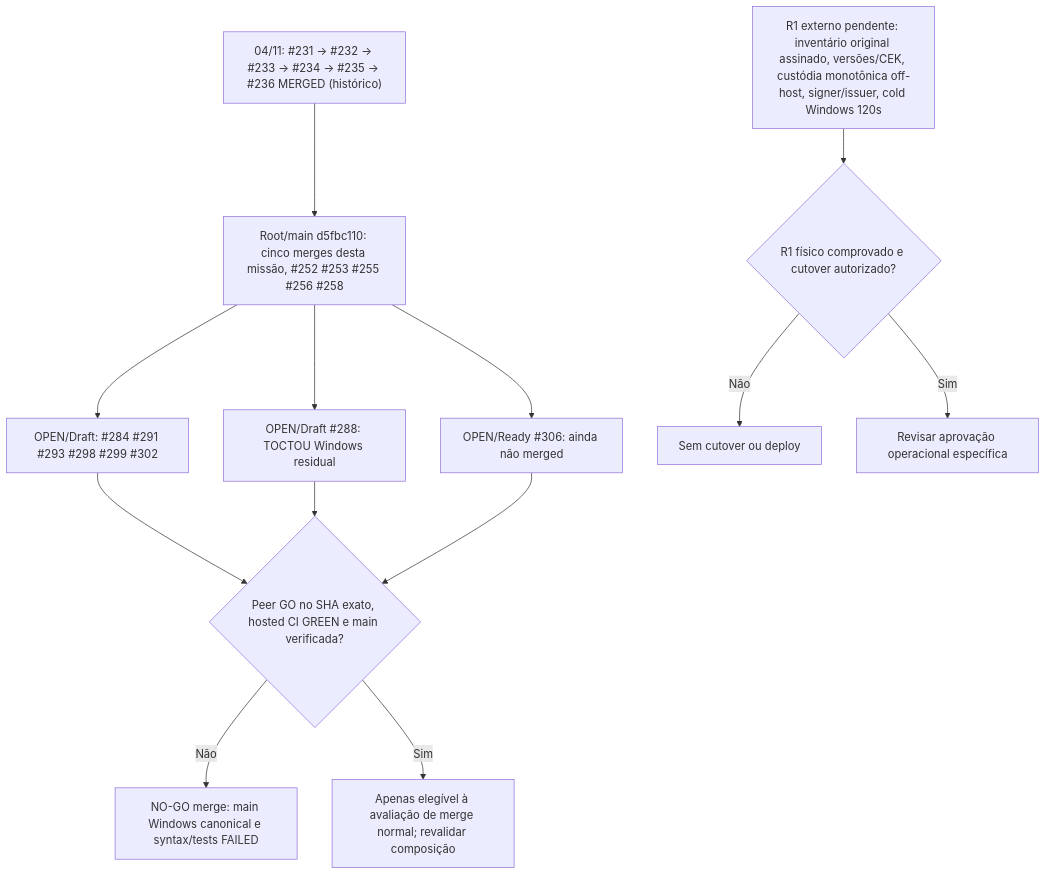
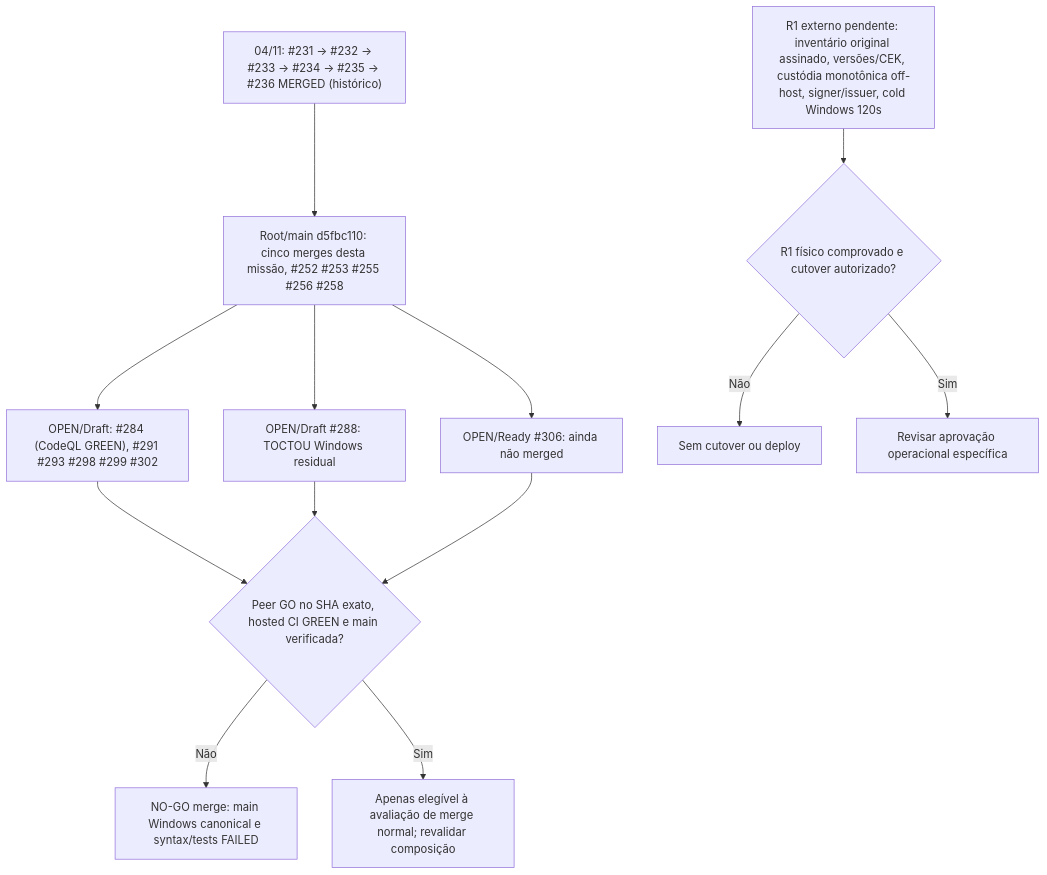
The fourth of 4 diagrams in docs/rootark-main-execution-mission.md (bielxdh3/Root.ark), drawn with Mermaid before and after one commit. The commit also changed other lines of this file and 1 other file, not shown here.

Commit message:
docs(mission): correct CodeQL checkpoint and published gates

```diff
--- a/docs/rootark-main-execution-mission.md
+++ b/docs/rootark-main-execution-mission.md
@@ -256,23 +256,23 @@
 ~~~mermaid
 flowchart TD
   H["04/11: #231 → #232 → #233 → #234 → #235 → #236 MERGED (histórico)"]
   M["Root/main d5fbc110: cinco merges desta missão, #252 #253 #255 #256 #258"]
-  D["OPEN/Draft: #284 #291 #293 #298 #299 #302"]
+  D["OPEN/Draft: #284 (CodeQL GREEN), #291 #293 #298 #299 #302"]
   T["OPEN/Draft #288: TOCTOU Windows residual"]
   R["OPEN/Ready #306: ainda não merged"]
   P{"Peer GO no SHA exato, hosted CI GREEN e main verificada?"}
   WAIT["NO-GO merge: main Windows canonical e syntax/tests FAILED"]
   ELIG["Apenas elegível à avaliação de merge normal; revalidar composição"]
   EXT["R1 externo pendente: inventário original assinado, versões/CEK, custódia monotônica off-host, signer/issuer, cold Windows 120s"]
   CUT{"R1 físico comprovado e cutover autorizado?"}
   HOLD["Sem cutover ou deploy"]
   AUTH["Revisar aprovação operacional específica"]
   H --> M
   M --> D & T & R
   D & T & R --> P
   P -->|Não| WAIT
   P -->|Sim| ELIG
   EXT --> CUT
   CUT -->|Não| HOLD
   CUT -->|Sim| AUTH
 ~~~
```
